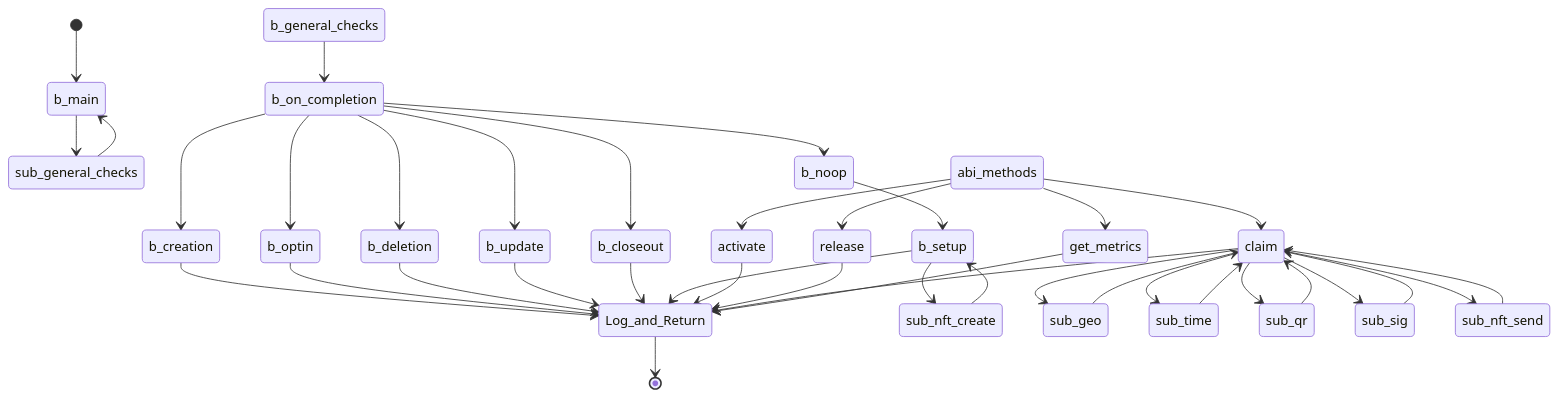
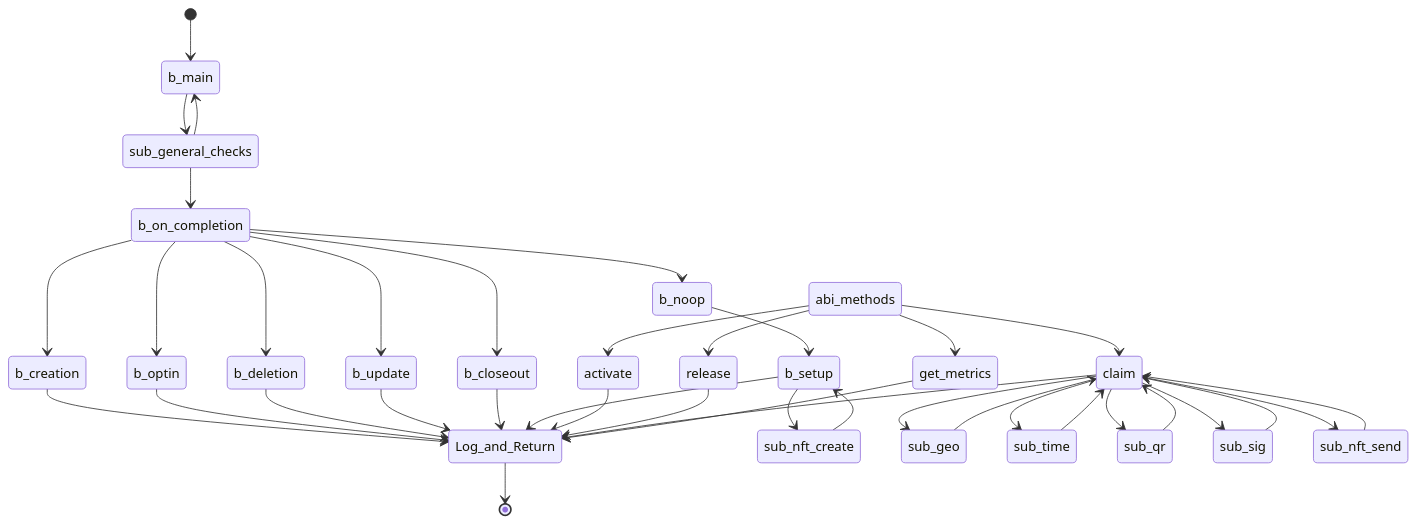
One commit to GoPlausible/.github changed the ninth of 10 diagrams in profile/README.md. Above: the diagram before and after it, drawn with Mermaid.

````diff
--- a/profile/README.md
+++ b/profile/README.md
@@ -429,55 +429,55 @@
 ```mermaid
   stateDiagram-v2
     [*] --> b_main
     b_main --> sub_general_checks
     sub_general_checks --> b_main
-    b_general_checks --> b_on_completion
+    sub_general_checks --> b_on_completion
     
     b_on_completion --> b_creation
     b_creation --> Log_and_Return
     b_on_completion --> b_optin
     b_optin --> Log_and_Return
     b_on_completion --> b_deletion
     b_deletion --> Log_and_Return
     b_on_completion --> b_update
     b_update --> Log_and_Return
     b_on_completion --> b_closeout
     b_closeout --> Log_and_Return
 
     b_on_completion --> b_noop
     b_noop --> b_setup
     b_setup --> sub_nft_create
     sub_nft_create --> b_setup
     b_setup --> Log_and_Return
    
 
 
     abi_methods --> activate
     activate --> Log_and_Return
 
     abi_methods --> release
     release --> Log_and_Return
 
     abi_methods --> claim
     claim --> sub_geo
     sub_geo --> claim
     claim --> sub_time
     sub_time --> claim
     claim --> sub_qr
     sub_qr --> claim
     claim --> sub_sig
     sub_sig --> claim
     claim --> sub_nft_send
     sub_nft_send --> claim
     claim --> Log_and_Return
 
 
     
   
     abi_methods --> get_metrics
     get_metrics --> Log_and_Return
   
     
     Log_and_Return --> [*]
     
 ```
````
